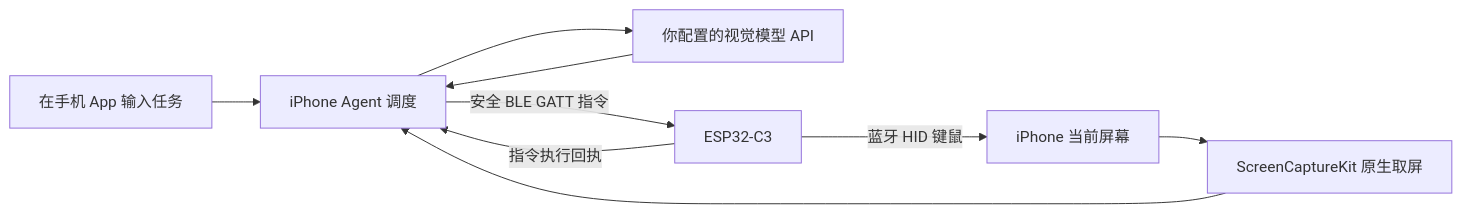
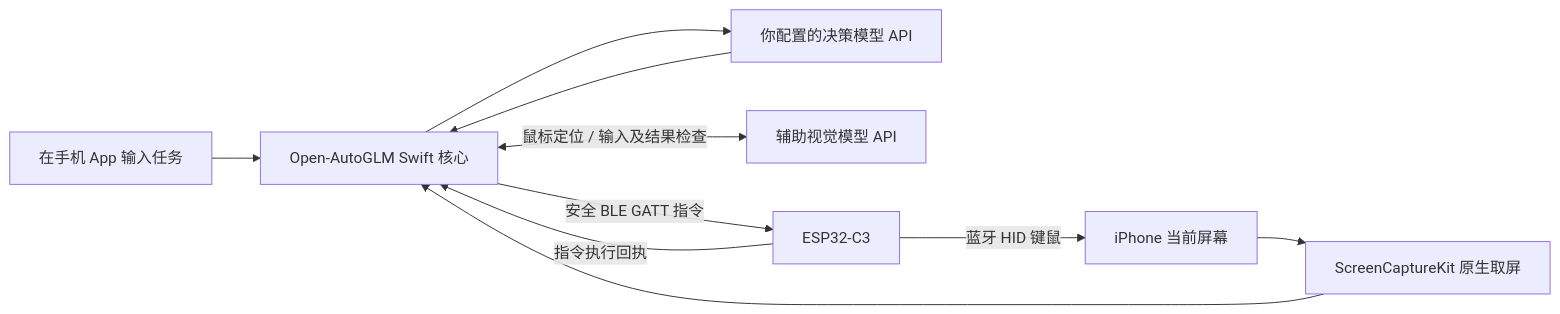
One commit to ZhaoYangGG/c3-airbridge changed the diagram in README.md. Above: the diagram before and after it, drawn with Mermaid. The commit also changed other lines of this file and 15 other files, not shown here.

Commit message:
Port Open-AutoGLM core to the native iPhone C3 agent

````diff
--- a/README.md
+++ b/README.md
@@ -7,11 +7,12 @@
 ```mermaid
 flowchart LR
-    U[在手机 App 输入任务] --> A[iPhone Agent 调度]
+    U[在手机 App 输入任务] --> A[Open-AutoGLM Swift 核心]
     S[iPhone 当前屏幕] --> C[ScreenCaptureKit 原生取屏]
     C --> A
-    A --> M[你配置的视觉模型 API]
+    A --> M[你配置的决策模型 API]
     M --> A
+    A <-->|鼠标定位 / 输入及结果检查| V[辅助视觉模型 API]
     A -->|安全 BLE GATT 指令| E[ESP32-C3]
     E -->|蓝牙 HID 键鼠| S
     E -->|指令执行回执| A
 ```
````
